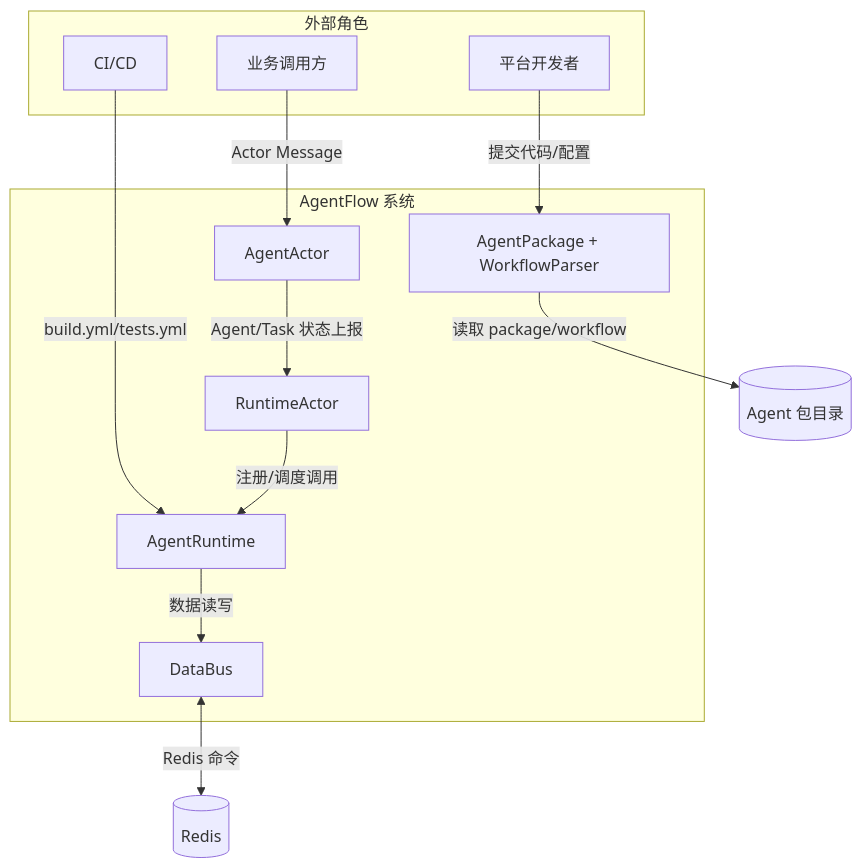
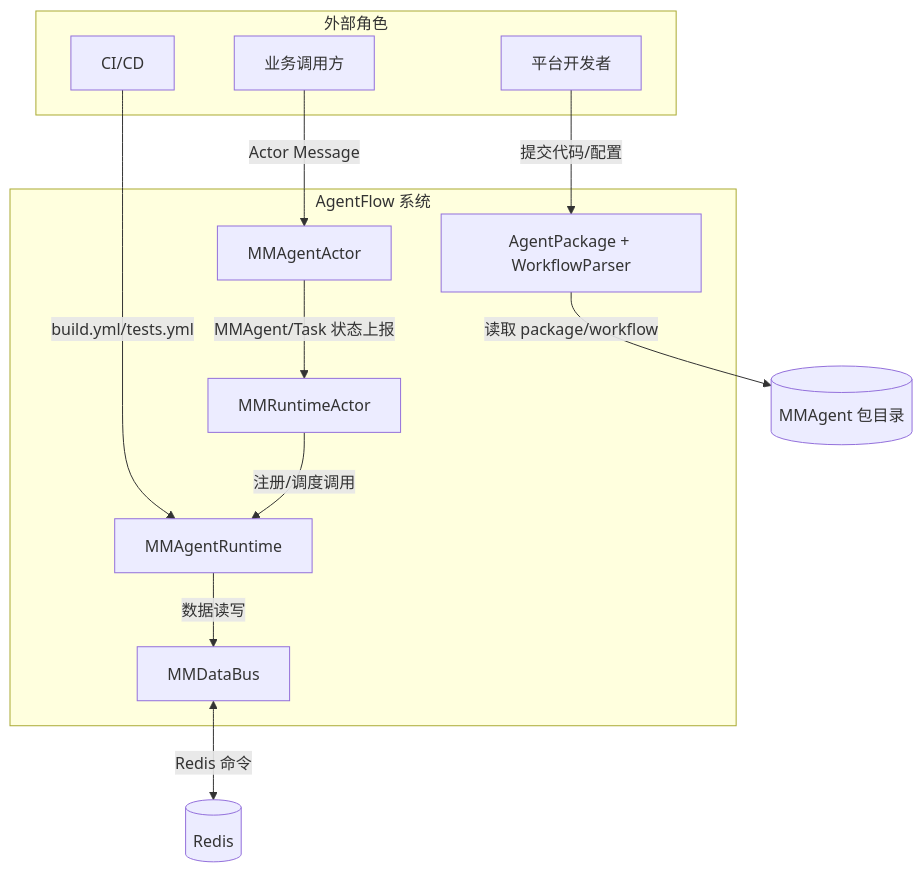
Before and after one commit to xyz11274/agentf: the first of 14 diagrams in docs/ARCHITECTURE.md, drawn with Mermaid. The commit also changed other lines of this file and 106 other files, not shown here.

````diff
--- a/docs/ARCHITECTURE.md
+++ b/docs/ARCHITECTURE.md
@@ -37,28 +37,28 @@
 ```mermaid
 graph TB
     subgraph Users[外部角色]
       U1[业务调用方]
       U2[平台开发者]
       U3[CI/CD]
     end
 
     subgraph AF[AgentFlow 系统]
-      A[AgentActor]
-      R[RuntimeActor]
-      RT[AgentRuntime]
-      DB[DataBus]
+      A[MMAgentActor]
+      R[MMRuntimeActor]
+      RT[MMAgentRuntime]
+      DB[MMDataBus]
       PKG[AgentPackage + WorkflowParser]
     end
 
     EXT1[(Redis)]
-    EXT2[(Agent 包目录)]
+    EXT2[(MMAgent 包目录)]
 
     U1 -->|Actor Message| A
     U2 -->|提交代码/配置| PKG
     U3 -->|build.yml/tests.yml| RT
-    A -->|Agent/Task 状态上报| R
+    A -->|MMAgent/Task 状态上报| R
     R -->|注册/调度调用| RT
     RT -->|数据读写| DB
     DB <--> |Redis 命令| EXT1
     PKG -->|读取 package/workflow| EXT2
 ```
````
